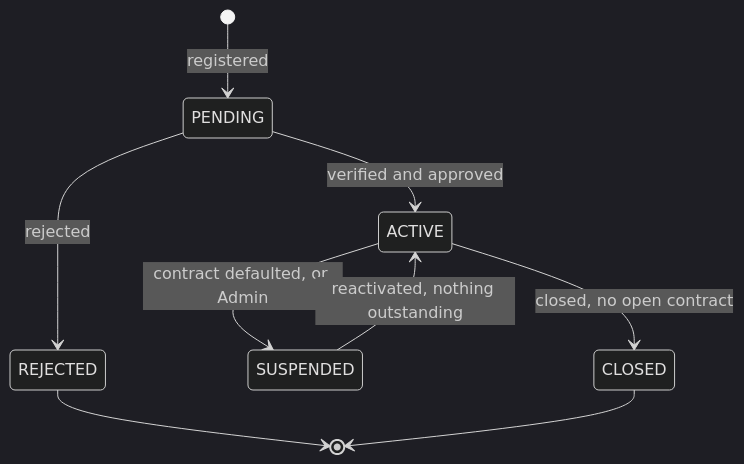
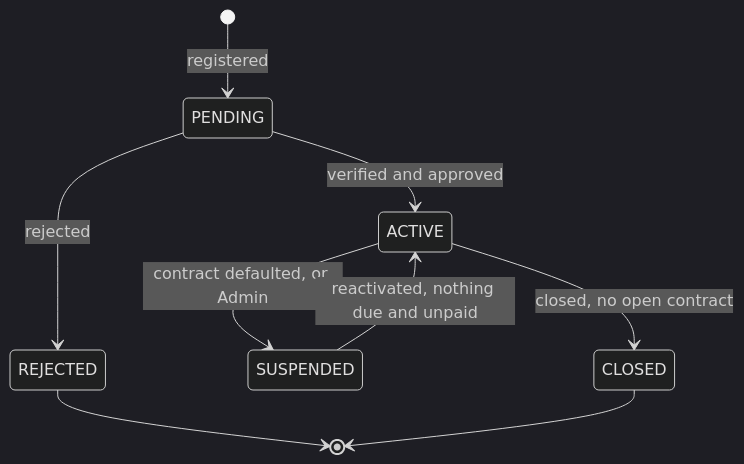
One commit to TrekLink-Team/treklink-web changed the second of 11 diagrams in specs/organizations/design.md. Above: the diagram before and after it, drawn with Mermaid (dark theme). The commit also changed other lines of this file and 13 other files, not shown here.

First line of the commit message:
fix: count only due and unpaid lines when reactivating an organization

````diff
--- a/specs/organizations/design.md
+++ b/specs/organizations/design.md
@@ -46,11 +46,11 @@
 ```mermaid
 stateDiagram-v2
     [*] --> PENDING : registered
     PENDING --> ACTIVE : verified and approved
     PENDING --> REJECTED : rejected
     ACTIVE --> SUSPENDED : contract defaulted, or Admin
-    SUSPENDED --> ACTIVE : reactivated, nothing outstanding
+    SUSPENDED --> ACTIVE : reactivated, nothing due and unpaid
     ACTIVE --> CLOSED : closed, no open contract
     REJECTED --> [*]
     CLOSED --> [*]
 ```
````
